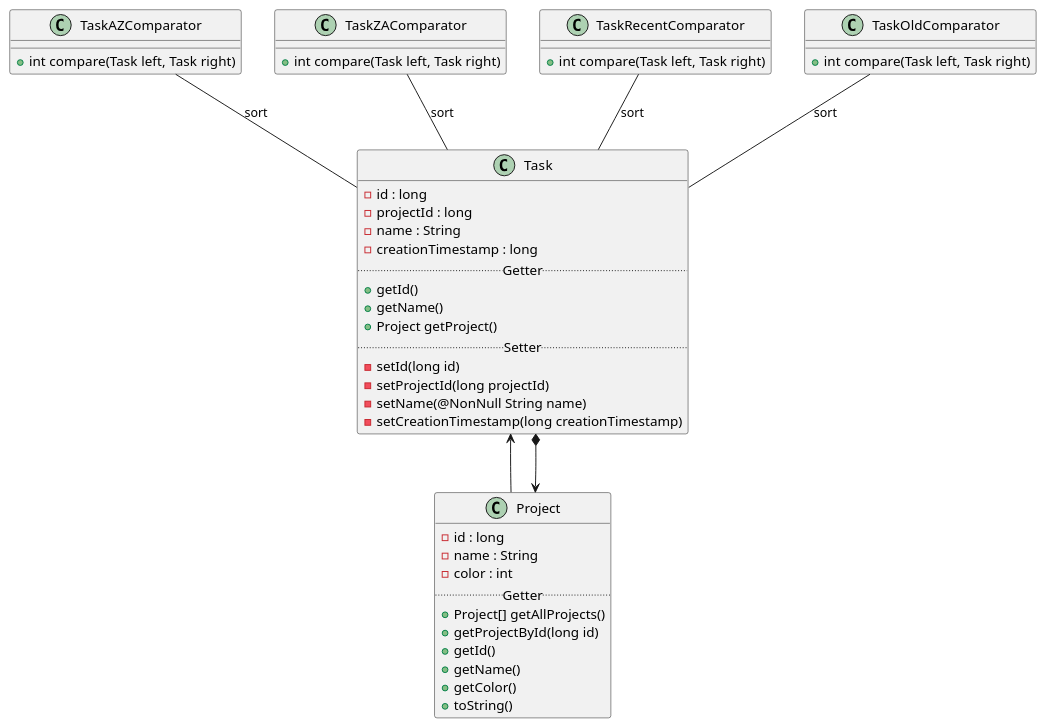
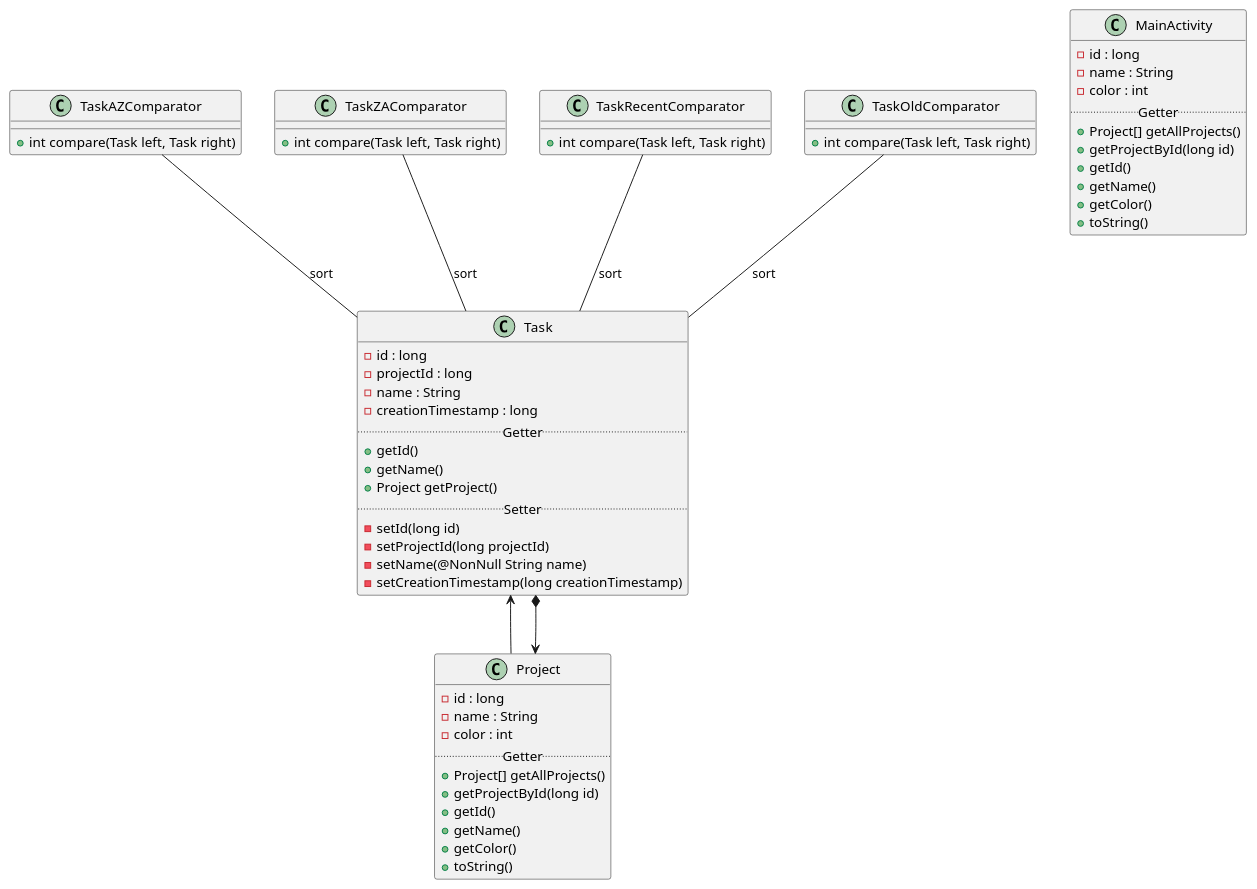
Before and after one commit to CARAU101517/P5_OC_Cleanup_TODOC: the diagram in modularchitecture.puml, drawn with PlantUML. The commit also changed 4 other files, not shown here.

```diff
--- a/modularchitecture.puml
+++ b/modularchitecture.puml
@@ -1,55 +1,69 @@
 @startuml Todoc Classes Diagram
 class Task {
  - id : long
  - projectId : long
  - name : String
  - creationTimestamp : long
  ..Getter..
  + getId()
  + getName()
  + Project getProject()
  ..Setter..
  - setId(long id)
  - setProjectId(long projectId)
  - setName(@NonNull String name)
  - setCreationTimestamp(long creationTimestamp)
  }
 
 class TaskAZComparator {
  + int compare(Task left, Task right)
  }
 
 class TaskZAComparator {
  + int compare(Task left, Task right)
  }
 
 class TaskRecentComparator {
 + int compare(Task left, Task right)
  }
 
 class TaskOldComparator {
  + int compare(Task left, Task right)
  }
 
 class Project {
  - id : long
  - name : String
  - color : int
  ..Getter..
  + Project[] getAllProjects()
  + getProjectById(long id)
  + getId()
  + getName()
  + getColor()
  + toString()
  }
 
 Project <--* Task
 Task <-- Project
 
 TaskAZComparator -- Task : sort
 TaskZAComparator -- Task : sort
 TaskRecentComparator -- Task : sort
 TaskOldComparator -- Task : sort
 
+class MainActivity {
+ - id : long
+ - name : String
+ - color : int
+ ..Getter..
+ + Project[] getAllProjects()
+ + getProjectById(long id)
+ + getId()
+ + getName()
+ + getColor()
+ + toString()
+ }
+
+
 @enduml
```
